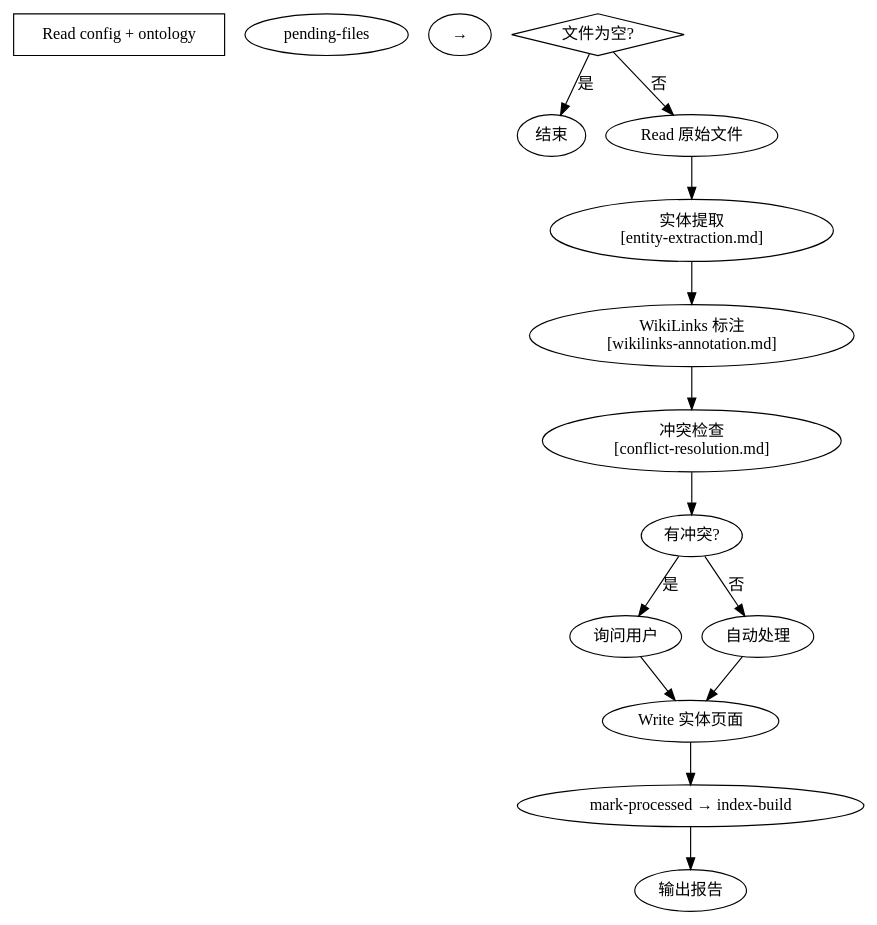
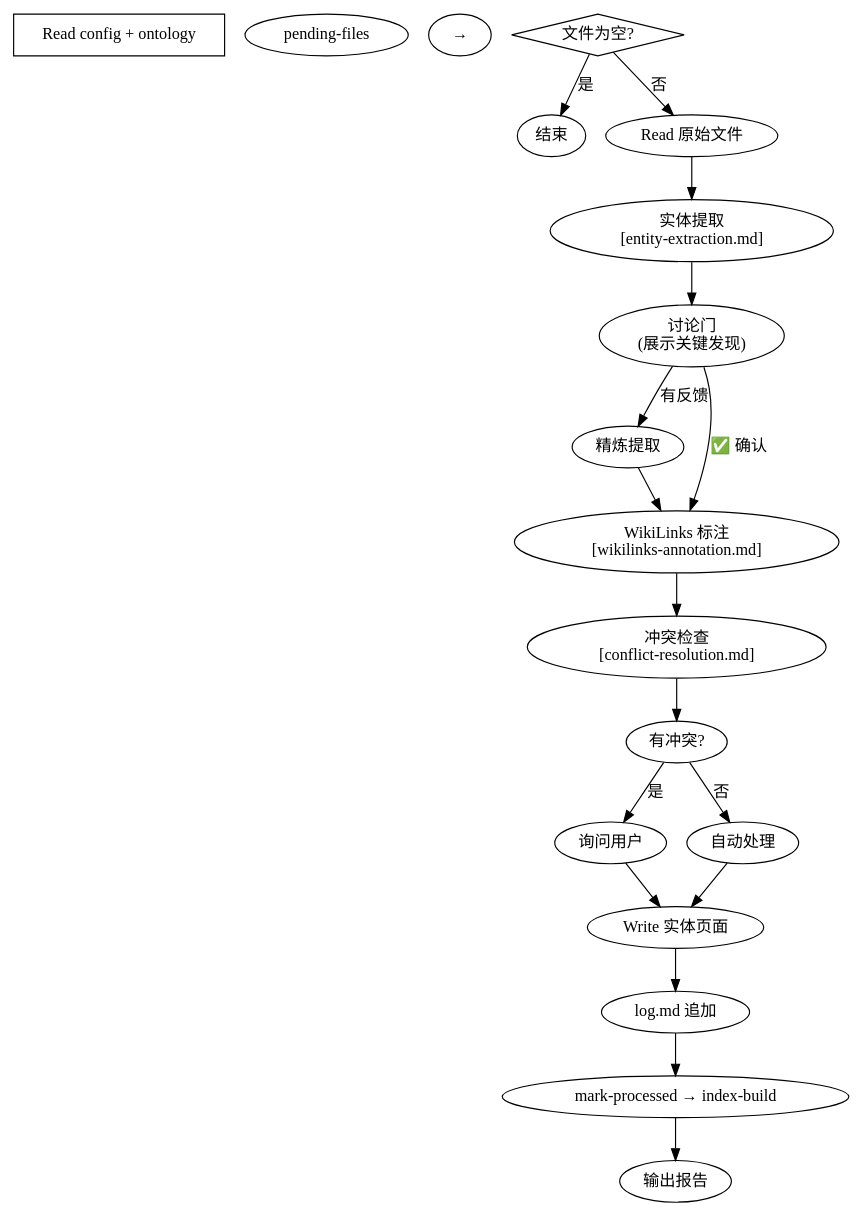
The diagram in skills/ontomark-ingest/SKILL.md (frankawp/OntoMark), drawn with Graphviz before and after one commit. The commit also changed other lines of this file, not shown here.

First line of the commit message:
feat: add discussion gate and log.md to ingest skill

````diff
--- a/skills/ontomark-ingest/SKILL.md
+++ b/skills/ontomark-ingest/SKILL.md
@@ -14,19 +14,23 @@
 ```dot
 digraph ingest_flow {
     "Read config + ontology" [shape=box];
     "pending-files" → "文件为空?" [shape=box];
     "文件为空?" [shape=diamond];
     "文件为空?" -> "结束" [label="是"];
     "文件为空?" -> "Read 原始文件" [label="否"];
     "Read 原始文件" -> "实体提取\n[entity-extraction.md]" [shape=box];
-    "实体提取\n[entity-extraction.md]" -> "WikiLinks 标注\n[wikilinks-annotation.md]" [shape=box];
+    "实体提取\n[entity-extraction.md]" -> "讨论门\n(展示关键发现)" [shape=diamond];
+    "讨论门\n(展示关键发现)" -> "精炼提取" [label="有反馈"];
+    "精炼提取" -> "WikiLinks 标注\n[wikilinks-annotation.md]";
+    "讨论门\n(展示关键发现)" -> "WikiLinks 标注\n[wikilinks-annotation.md]" [label="✅ 确认"];
     "WikiLinks 标注\n[wikilinks-annotation.md]" -> "冲突检查\n[conflict-resolution.md]" [shape=box];
     "冲突检查\n[conflict-resolution.md]" -> "有冲突?" [shape=diamond];
     "有冲突?" -> "询问用户" [label="是"];
     "有冲突?" -> "自动处理" [label="否"];
     "询问用户" -> "Write 实体页面";
     "自动处理" -> "Write 实体页面";
-    "Write 实体页面" -> "mark-processed → index-build";
+    "Write 实体页面" -> "log.md 追加";
+    "log.md 追加" -> "mark-processed → index-build";
     "mark-processed → index-build" -> "输出报告" [shape=box];
 }
 ```
````
